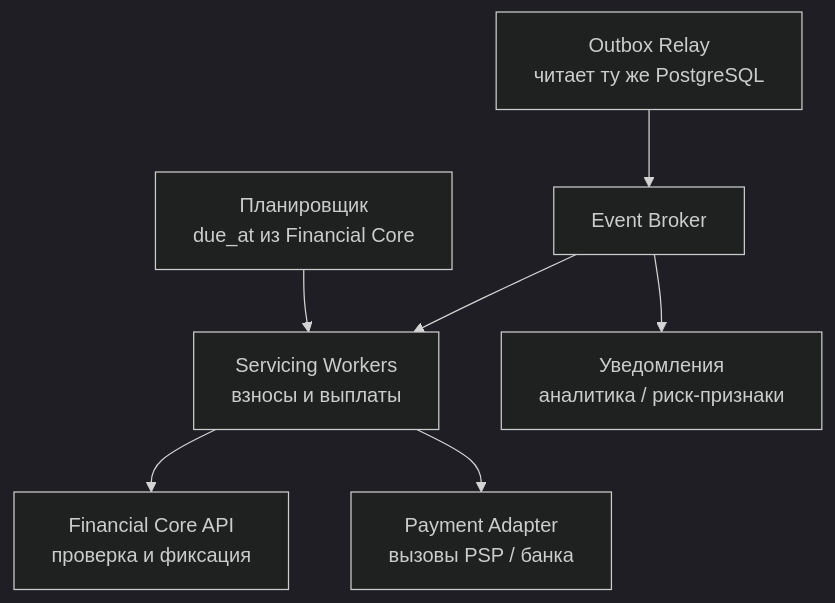
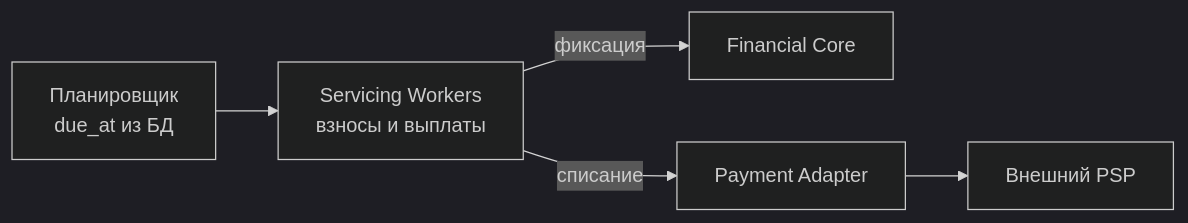
Before and after one commit to fev0ks/LearnGoLang: the second of 6 diagrams in docs/senior-golang-study/05-system-design/interview-cases/32-bnpl-service.md, drawn with Mermaid (dark theme). The commit also changed other lines of this file and 2 other files, not shown here.

````diff
--- a/docs/senior-golang-study/05-system-design/interview-cases/32-bnpl-service.md
+++ b/docs/senior-golang-study/05-system-design/interview-cases/32-bnpl-service.md
@@ -238,9 +212,6 @@
 ```mermaid
-flowchart TB
-    R["Outbox Relay<br/>читает ту же PostgreSQL"] --> B["Event Broker"]
-    B --> S["Servicing Workers<br/>взносы и выплаты"]
-    B --> N["Уведомления<br/>аналитика / риск-признаки"]
-    T["Планировщик<br/>due_at из Financial Core"] --> S
-    S --> F["Financial Core API<br/>проверка и фиксация"]
-    S --> P["Payment Adapter<br/>вызовы PSP / банка"]
+flowchart LR
+    T["Планировщик<br/>due_at из БД"] --> S["Servicing Workers<br/>взносы и выплаты"]
+    S -- "фиксация" --> F["Financial Core"]
+    S -- "списание" --> P["Payment Adapter"] --> PSP["Внешний PSP"]
 ```
````
